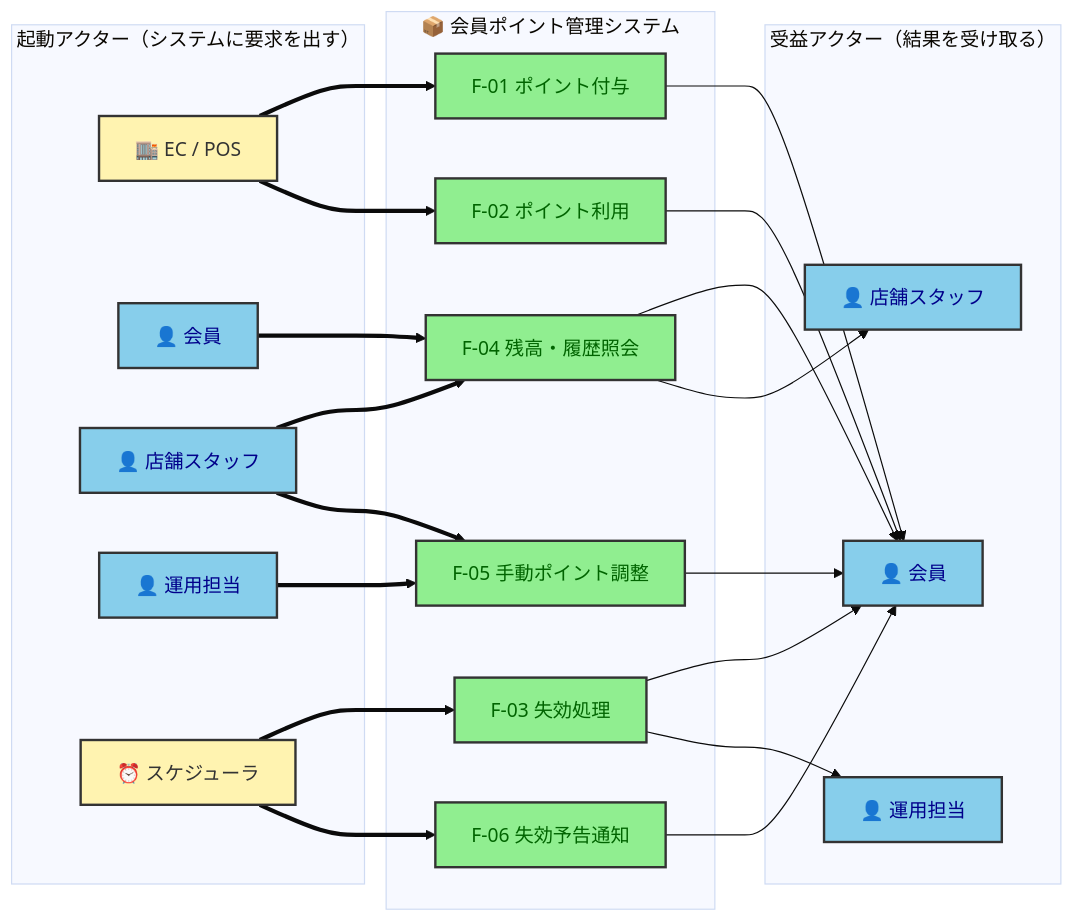
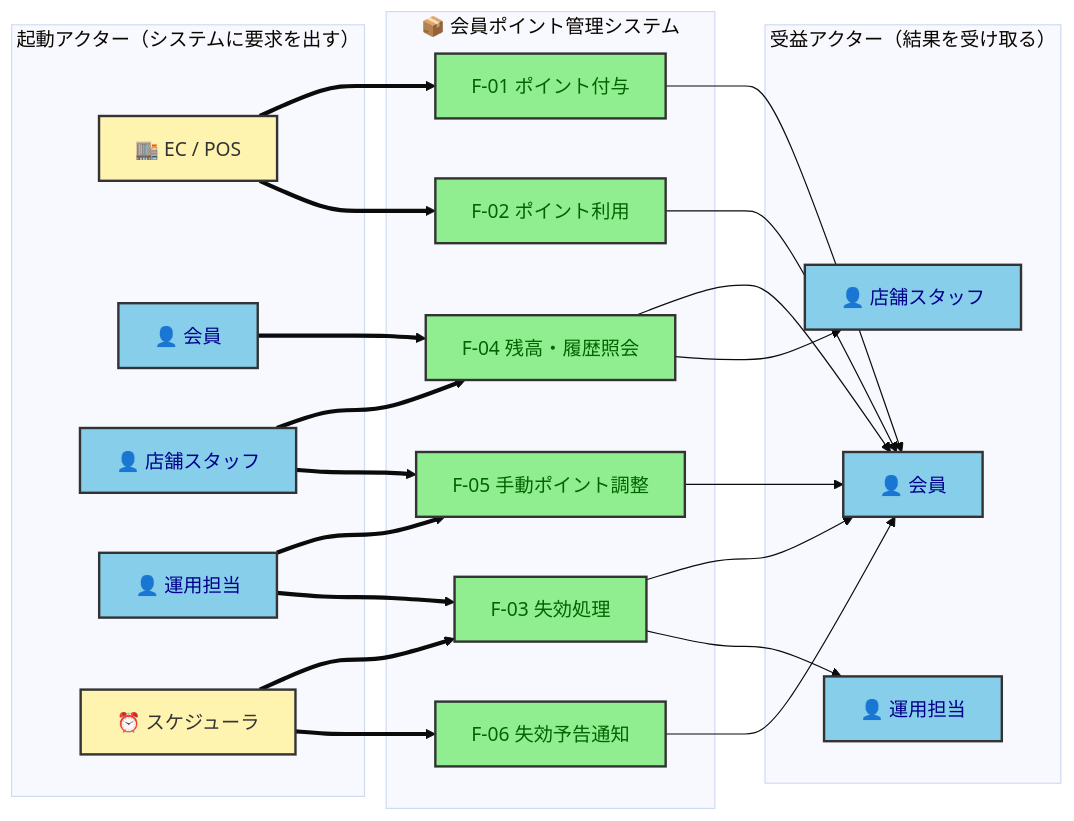
Before and after one commit to kasiopeiya/claude-dev-template: the eighth of 15 diagrams in samples/docs/requirements.md, drawn with Mermaid (base theme). The commit also changed other lines of this file, not shown here.

````diff
--- a/samples/docs/requirements.md
+++ b/samples/docs/requirements.md
@@ -665,50 +706,51 @@
 ```mermaid
 flowchart LR
     subgraph TRIGGER["起動アクター（システムに要求を出す）"]
         t_ecpos["🏬 EC / POS"]
         t_member["👤 会員"]
         t_staff["👤 店舗スタッフ"]
         t_ops["👤 運用担当"]
         t_sched["⏰ スケジューラ"]
     end
 
     subgraph SYS["📦 会員ポイント管理システム"]
         f1["F-01 ポイント付与"]
         f2["F-02 ポイント利用"]
         f4["F-04 残高・履歴照会"]
         f5["F-05 手動ポイント調整"]
         f3["F-03 失効処理"]
         f6["F-06 失効予告通知"]
     end
 
     subgraph BENEFIT["受益アクター（結果を受け取る）"]
         b_member["👤 会員"]
         b_staff["👤 店舗スタッフ"]
         b_ops["👤 運用担当"]
     end
 
     t_ecpos ==> f1
     t_ecpos ==> f2
     t_member ==> f4
     t_staff ==> f4
     t_staff ==> f5
     t_ops ==> f5
+    t_ops ==> f3
     t_sched ==> f3
     t_sched ==> f6
 
     f1 --> b_member
     f2 --> b_member
     f4 --> b_member
     f4 --> b_staff
     f5 --> b_member
     f3 --> b_member
     f3 --> b_ops
     f6 --> b_member
 
     classDef human fill:#87CEEB,stroke:#333,stroke-width:2px,color:darkblue
     classDef ext fill:#FFF3B0,stroke:#333,stroke-width:2px,color:#333
     classDef func fill:#90EE90,stroke:#333,stroke-width:2px,color:darkgreen
     class t_member,t_staff,t_ops,b_member,b_staff,b_ops human
     class t_ecpos,t_sched ext
     class f1,f2,f3,f4,f5,f6 func
 ```
````
